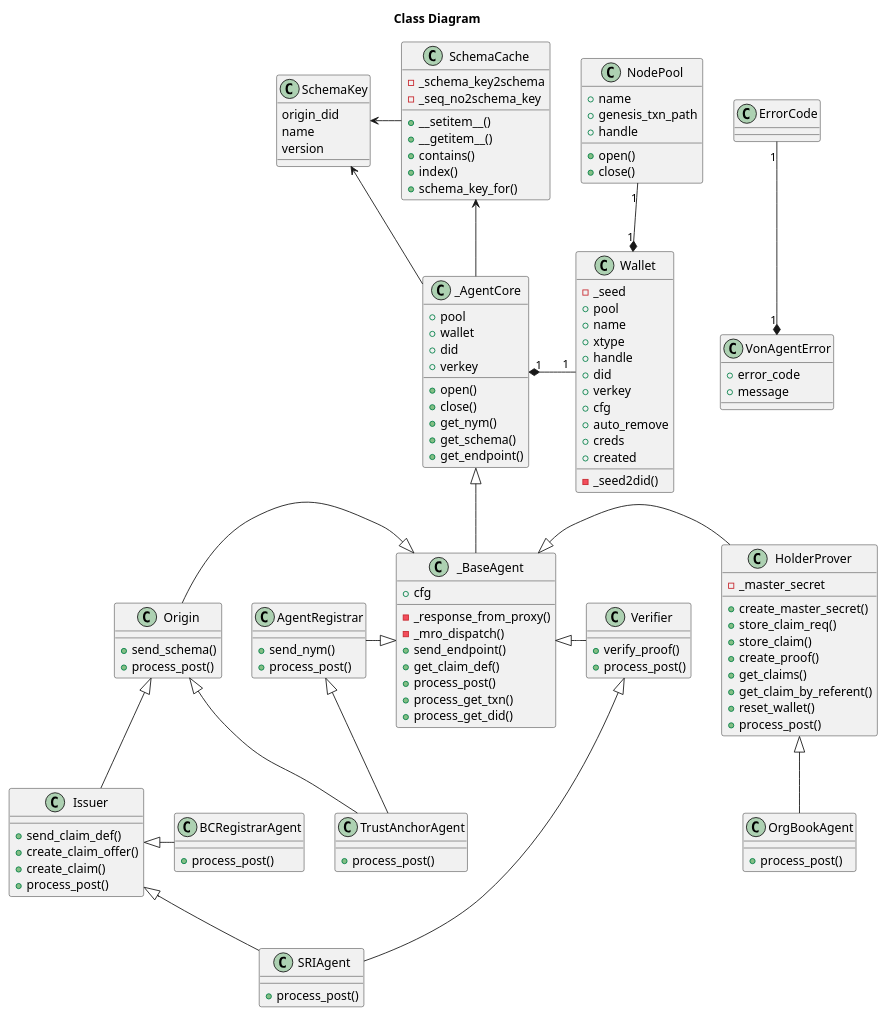
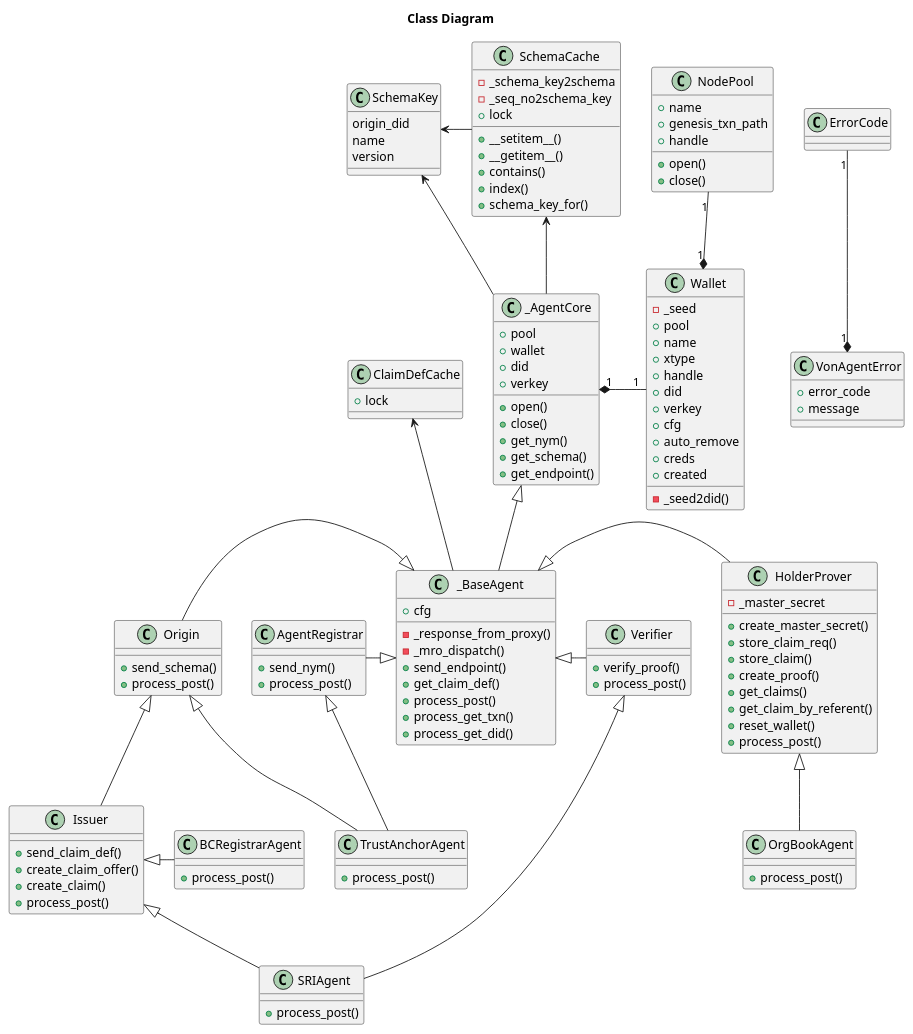
One commit to PSPC-SPAC-buyandsell/von_base changed the diagram in doc/pic/src/class.puml. Above: the diagram before and after it, drawn with PlantUML. The commit also changed 2 other files, not shown here.

Commit message:
class def cache

```diff
--- a/doc/pic/src/class.puml
+++ b/doc/pic/src/class.puml
@@ -1,165 +1,171 @@
 @startuml
 /'
 Copyright 2017-2018 Government of Canada - Public Services and Procurement Canada - buyandsell.gc.ca
 
 Licensed under the Apache License, Version 2.0 (the "License");
 you may not use this file except in compliance with the License.
 You may obtain a copy of the License at
 
 http://www.apache.org/licenses/LICENSE-2.0
 
 Unless required by applicable law or agreed to in writing, software
 distributed under the License is distributed on an "AS IS" BASIS,
 WITHOUT WARRANTIES OR CONDITIONS OF ANY KIND, either express or implied.
 See the License for the specific language governing permissions and
 limitations under the License.
 '/
 
 title Class Diagram
 
 class ErrorCode {
 }
 
 class VonAgentError {
     + error_code
     + message
 }
 
 class SchemaKey {
     origin_did
     name
     version
 }
 
 class SchemaCache {
     -_schema_key2schema
     -_seq_no2schema_key
+    +lock
     +__setitem__()
     +__getitem__()
     +contains()
     +index()
     +schema_key_for()
+}
+
+class ClaimDefCache{
+    +lock
 }
 
 class Wallet {
     -_seed
     +pool
     +name
     +xtype
     +handle
     +did
     +verkey
     +cfg
     +auto_remove
     +creds
     +created
     -_seed2did()
 }
 
 class NodePool {
     +name
     +genesis_txn_path
     +handle
     +open()
     +close()
 }
 
 class _AgentCore {
     +pool
     +wallet
     +did
     +verkey
     +open()
     +close()
     +get_nym()
     +get_schema()
     +get_endpoint()
 }
 
 class _BaseAgent {
     +cfg
     -_response_from_proxy()
     -_mro_dispatch()
     +send_endpoint()
     +get_claim_def()
     +process_post()
     +process_get_txn()
     +process_get_did()
 }
 
 class AgentRegistrar {
     +send_nym()
     +process_post()
 }
 
 class Origin {
     +send_schema()
     +process_post()
 }
 
 class Issuer {
     +send_claim_def()
     +create_claim_offer()
     +create_claim()
     +process_post()
 }
 
 class HolderProver {
     -_master_secret
     +create_master_secret()
     +store_claim_req()
     +store_claim()
     +create_proof()
     +get_claims()
     +get_claim_by_referent()
     +reset_wallet()
     +process_post()
 }
 
 class Verifier {
     +verify_proof()
     +process_post()
 }
 
 class TrustAnchorAgent {
     +process_post()
 }
 
 class SRIAgent {
     +process_post()
 }
 
 class BCRegistrarAgent {
     +process_post()
 }
 
 class OrgBookAgent {
     +process_post()
 }
 
 VonAgentError "1" *-up- "1" ErrorCode
 SchemaCache -left-> SchemaKey
 _AgentCore -left-> SchemaKey
 
 _AgentCore -up-> SchemaCache
 _AgentCore "1" *-right- "1" Wallet
 Wallet "1" *-up- "1" NodePool
 
+_BaseAgent -up-> ClaimDefCache
 _AgentCore <|-down- _BaseAgent
 _BaseAgent <|-left- AgentRegistrar
 _BaseAgent <|-left- Origin
 _BaseAgent <|-right- HolderProver
 _BaseAgent <|-right- Verifier
 
 AgentRegistrar <|-down- TrustAnchorAgent
 Origin <|-down- TrustAnchorAgent
 Origin <|-down- Issuer
 
 Issuer <|-down- SRIAgent
 Verifier <|-down- SRIAgent
 
 Issuer <|- BCRegistrarAgent
 
 HolderProver <|-down- OrgBookAgent
 
 @enduml
```
